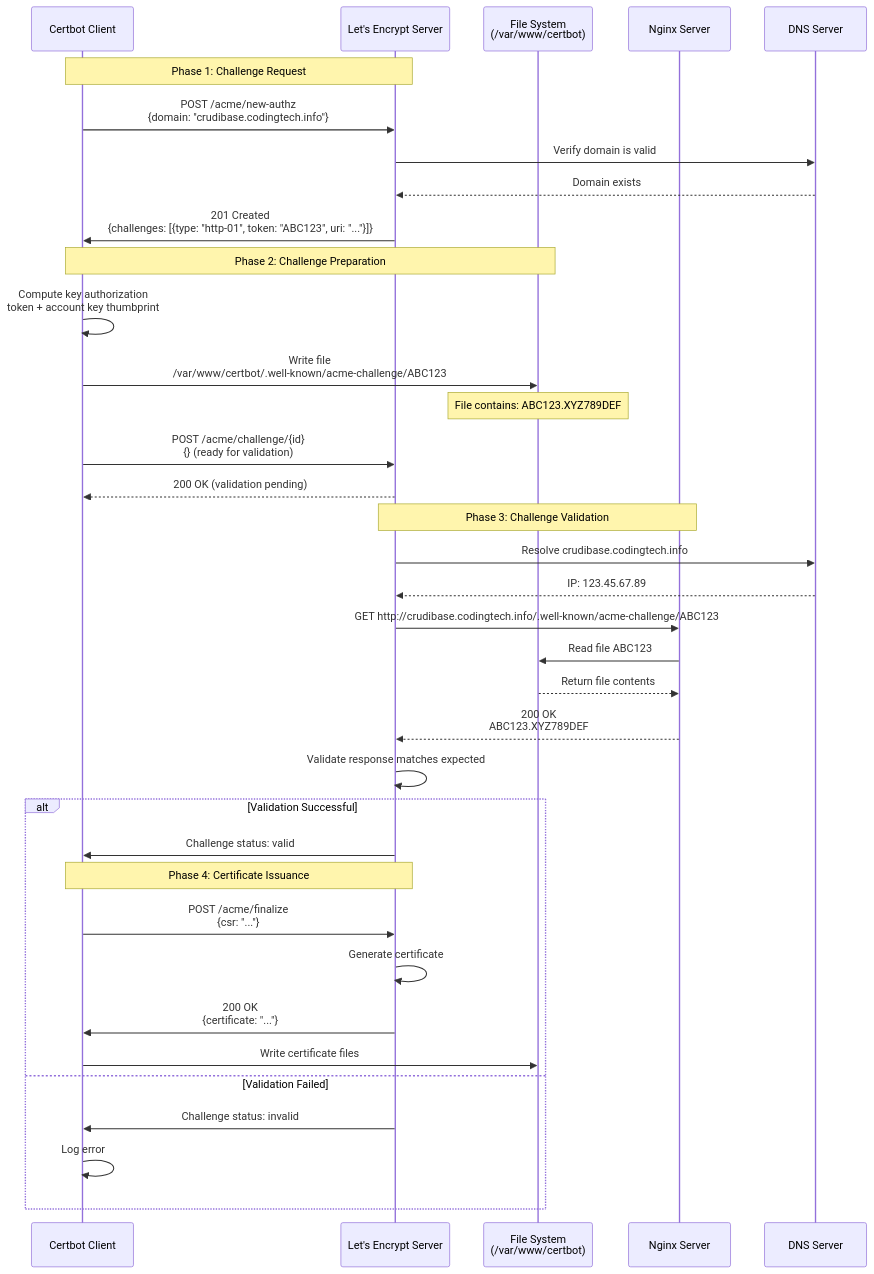
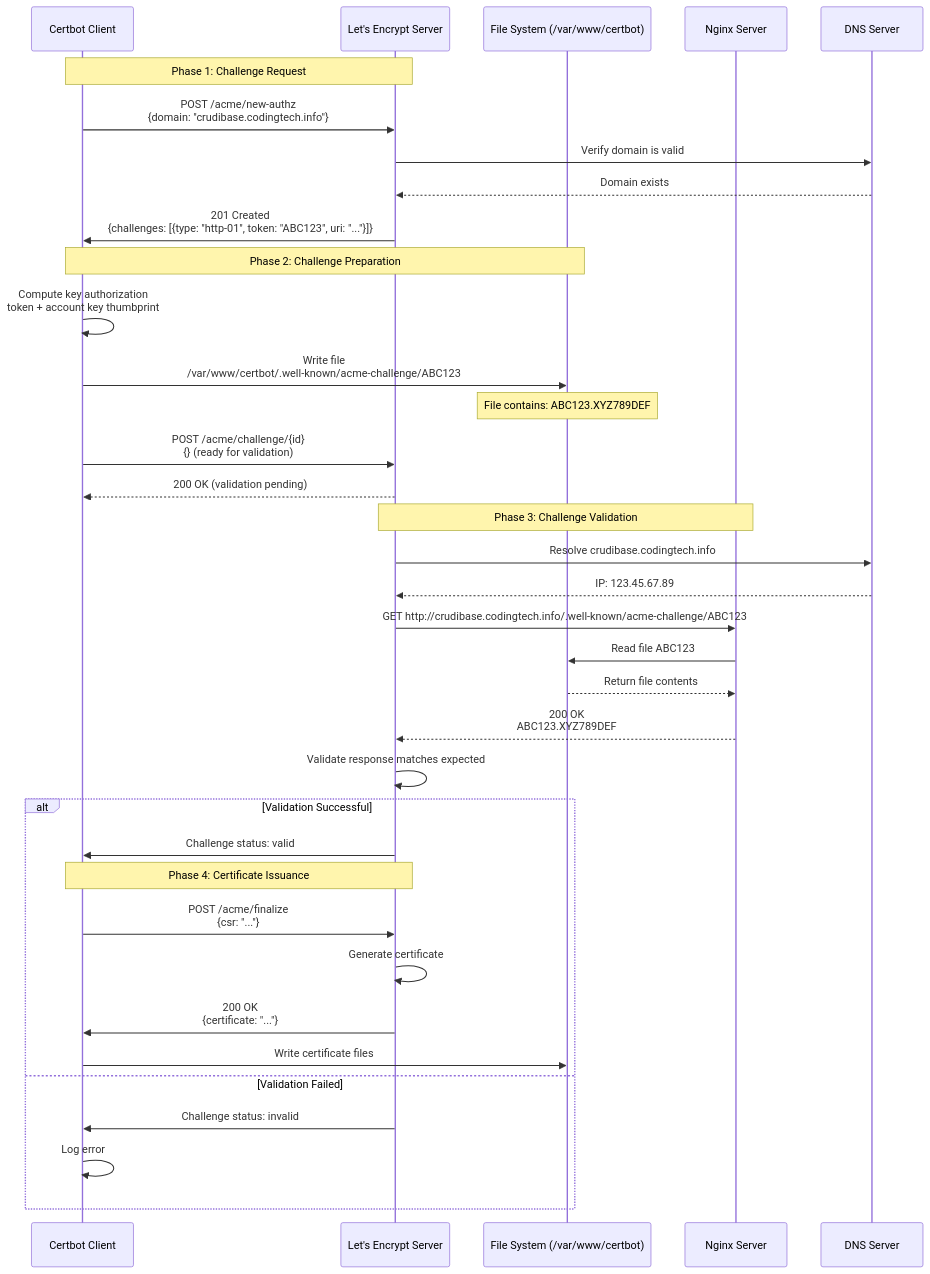
The fifth of 5 diagrams in wiki/SSL-Certificate-Management.md (softwarewrighter/ssl-proxy-for-do), drawn with Mermaid before and after one commit. The commit also changed 2 other files, not shown here.

Commit message:
Fix Mermaid sequence diagram syntax errors
Remove <br/> tags from participant declarations in all sequence diagrams.
Mermaid does not support HTML tags in participant names.

Changes:
- Fixed participant names: removed <br/> and used plain text with parentheses
- Simplified complex notes and messages for better parsing
- All sequence diagrams now use valid Mermaid syntax

Affected files:
- wiki/Request-Flow.md (8 sequence diagrams)
- wiki/SSL-Certificate-Management.md (3 sequence diagrams)
- wiki/Network-Architecture.md (2 sequence diagrams)

This fixes the 'INVALID' parse error reported when rendering diagrams.

````diff
--- a/wiki/SSL-Certificate-Management.md
+++ b/wiki/SSL-Certificate-Management.md
@@ -428,48 +428,48 @@
 ```mermaid
 sequenceDiagram
     participant C as Certbot Client
     participant LE as Let's Encrypt Server
-    participant FS as File System<br/>(/var/www/certbot)
+    participant FS as File System (/var/www/certbot)
     participant N as Nginx Server
     participant DNS as DNS Server
 
     Note over C,LE: Phase 1: Challenge Request
 
     C->>LE: POST /acme/new-authz<br/>{domain: "crudibase.codingtech.info"}
     LE->>DNS: Verify domain is valid
     DNS-->>LE: Domain exists
     LE->>C: 201 Created<br/>{challenges: [{type: "http-01", token: "ABC123", uri: "..."}]}
 
     Note over C,FS: Phase 2: Challenge Preparation
 
     C->>C: Compute key authorization<br/>token + account key thumbprint
     C->>FS: Write file<br/>/var/www/certbot/.well-known/acme-challenge/ABC123
     Note over FS: File contains: ABC123.XYZ789DEF
 
     C->>LE: POST /acme/challenge/{id}<br/>{} (ready for validation)
     LE-->>C: 200 OK (validation pending)
 
     Note over LE,N: Phase 3: Challenge Validation
 
     LE->>DNS: Resolve crudibase.codingtech.info
     DNS-->>LE: IP: 123.45.67.89
 
     LE->>N: GET http://crudibase.codingtech.info/.well-known/acme-challenge/ABC123
     N->>FS: Read file ABC123
     FS-->>N: Return file contents
     N-->>LE: 200 OK<br/>ABC123.XYZ789DEF
 
     LE->>LE: Validate response matches expected
 
     alt Validation Successful
         LE->>C: Challenge status: valid
         Note over C,LE: Phase 4: Certificate Issuance
         C->>LE: POST /acme/finalize<br/>{csr: "..."}
         LE->>LE: Generate certificate
         LE->>C: 200 OK<br/>{certificate: "..."}
         C->>FS: Write certificate files
     else Validation Failed
         LE->>C: Challenge status: invalid
         C->>C: Log error
     end
 ```
````
